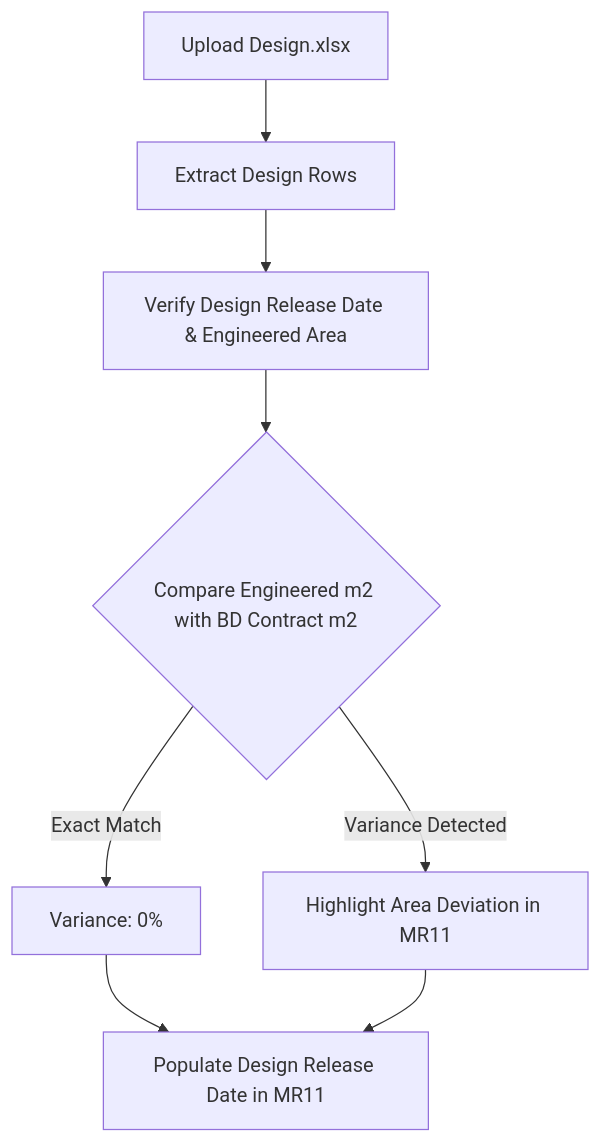
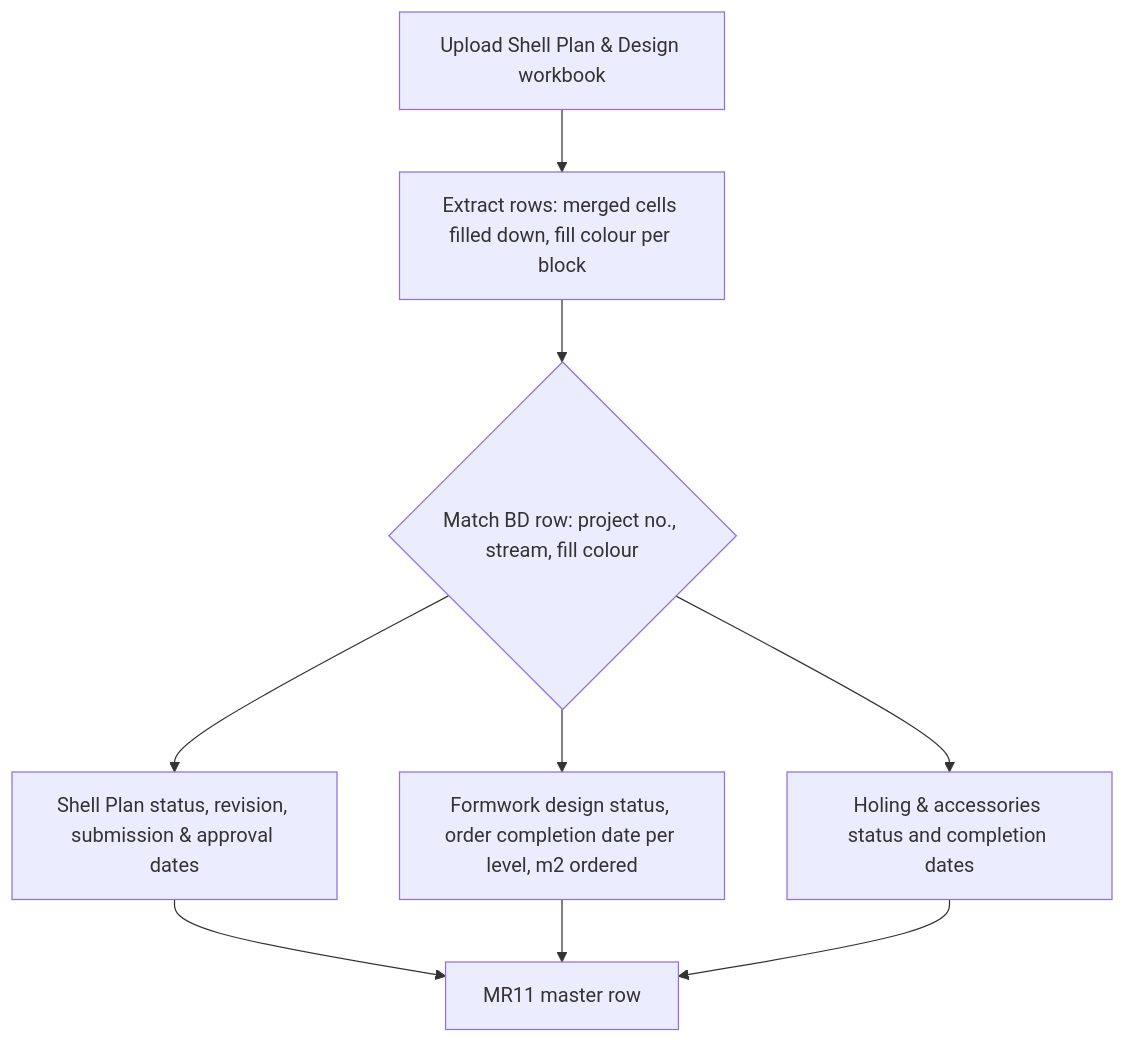
Before and after one commit to izzatmyintellx05/MFE: the fourth of 6 diagrams in docs/DEPARTMENT_WORKFLOWS.md, drawn with Mermaid. The commit also changed other lines of this file and 5 other files, not shown here.

First line of the commit message:
Use the combined Shell Plan & Design template as the bundled sample

````diff
--- a/docs/DEPARTMENT_WORKFLOWS.md
+++ b/docs/DEPARTMENT_WORKFLOWS.md
@@ -103,10 +82,11 @@
 ```mermaid
 flowchart TD
-    DesignUpload[Upload Design.xlsx] --> DesignParse[Extract Design Rows]
-    DesignParse --> CheckRelease[Verify Design Release Date & Engineered Area]
-    CheckRelease --> DeltaCheck{Compare Engineered m2 with BD Contract m2}
-    DeltaCheck -- Exact Match --> GreenStatus[Variance: 0%]
-    DeltaCheck -- Variance Detected --> YellowStatus[Highlight Area Deviation in MR11]
-    GreenStatus --> MapToMaster[Populate Design Release Date in MR11]
-    YellowStatus --> MapToMaster
+    Upload[Upload Shell Plan & Design workbook] --> Parse[Extract rows: merged cells filled down, fill colour per block]
+    Parse --> Match{Match BD row: project no., stream, fill colour}
+    Match --> SP[Shell Plan status, revision, submission & approval dates]
+    Match --> DES[Formwork design status, order completion date per level, m2 ordered]
+    Match --> HA[Holing & accessories status and completion dates]
+    SP --> MR11[MR11 master row]
+    DES --> MR11
+    HA --> MR11
 ```
````
